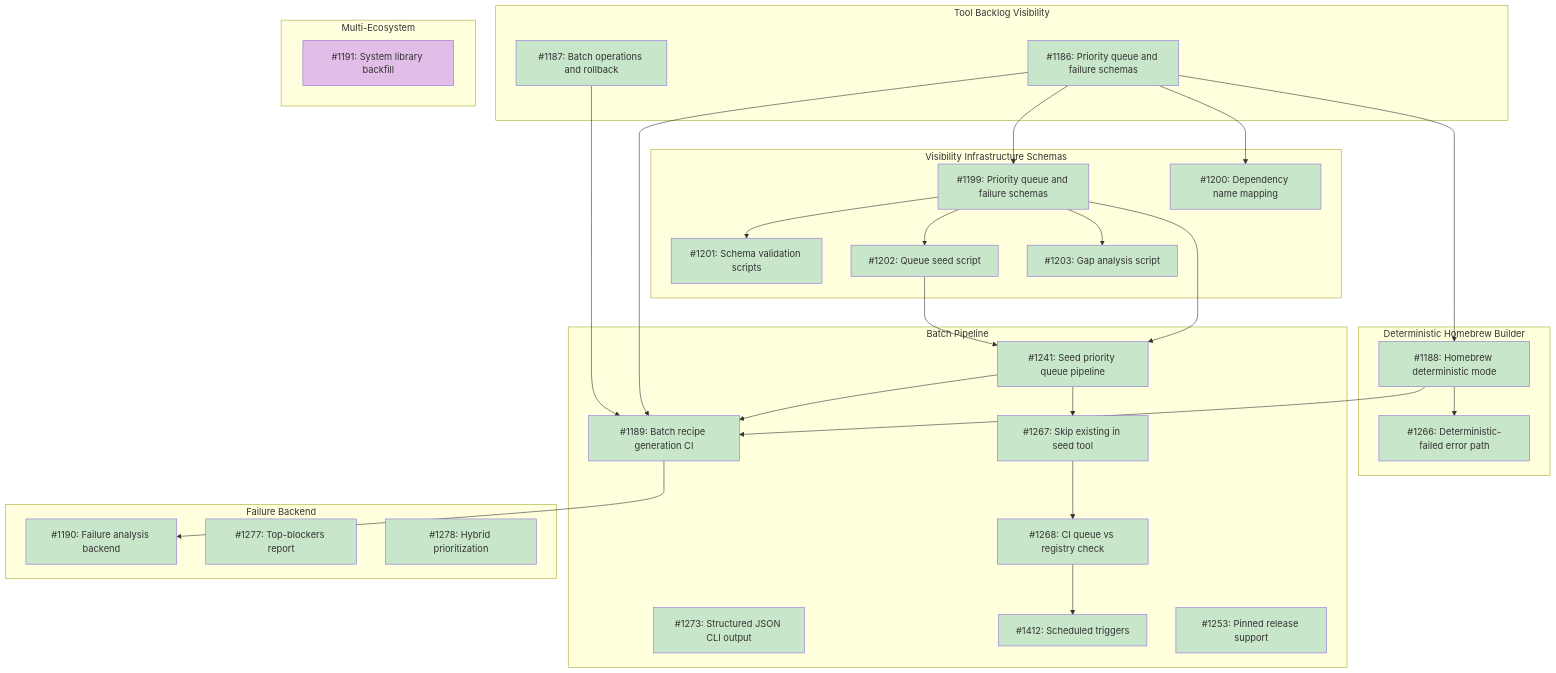
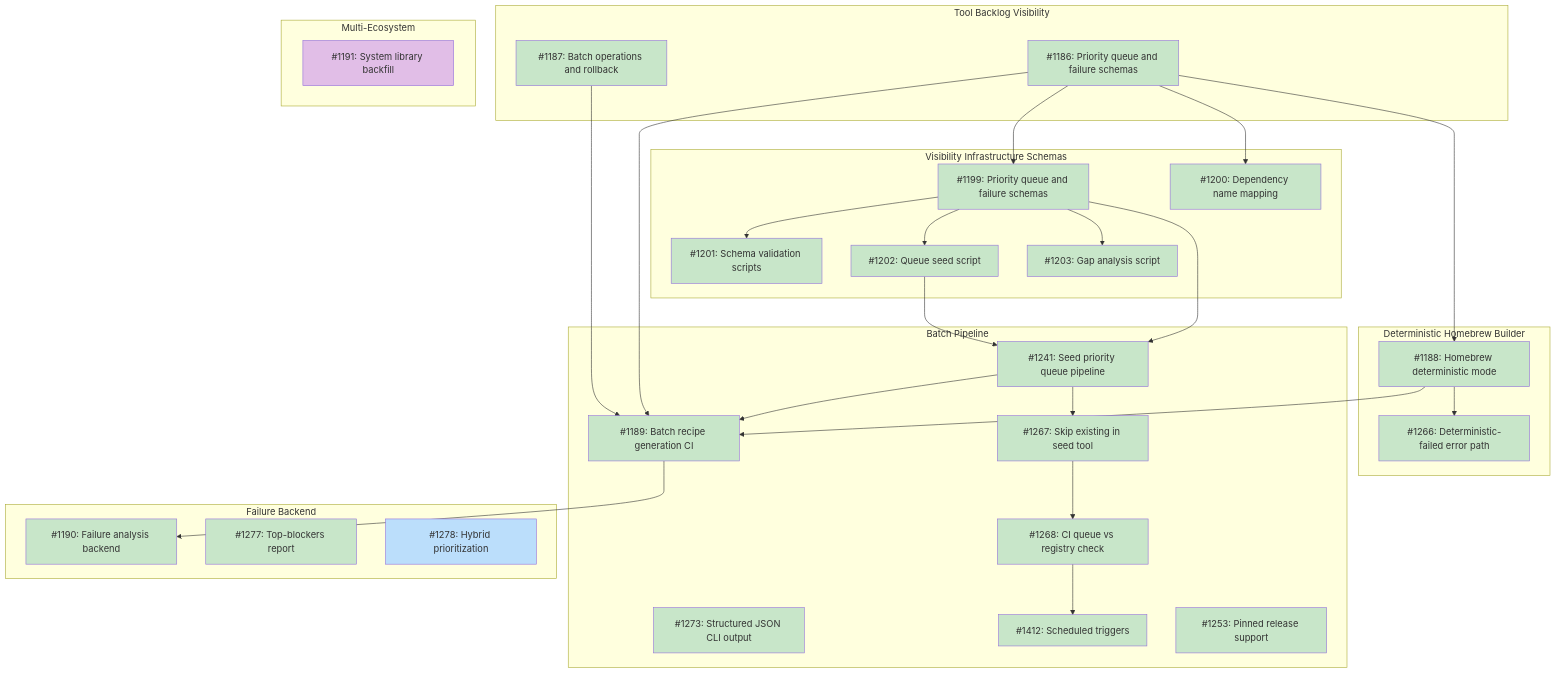
The diagram in docs/designs/DESIGN-registry-scale-strategy.md (tsukumogami/tsuku), drawn with Mermaid before and after one commit.

Commit message:
fix(ci): revert I1278 mermaid class to ready (issue still open)
MM15 requires class to match GitHub issue state. Since #1278 closes
on merge via Fixes line, keep it as ready until then.

````diff
--- a/docs/designs/DESIGN-registry-scale-strategy.md
+++ b/docs/designs/DESIGN-registry-scale-strategy.md
@@ -77,82 +77,82 @@
 ```mermaid
 graph TD
     subgraph M_Visibility["Tool Backlog Visibility"]
         I1186["#1186: Priority queue and failure schemas"]
         I1187["#1187: Batch operations and rollback"]
     end
 
     subgraph M50["Visibility Infrastructure Schemas"]
         I1199["#1199: Priority queue and failure schemas"]
         I1200["#1200: Dependency name mapping"]
         I1201["#1201: Schema validation scripts"]
         I1202["#1202: Queue seed script"]
         I1203["#1203: Gap analysis script"]
     end
 
     subgraph M_HomebrewBuilder["Deterministic Homebrew Builder"]
         I1188["#1188: Homebrew deterministic mode"]
         I1266["#1266: Deterministic-failed error path"]
     end
 
     subgraph M_BatchPipeline["Batch Pipeline"]
         I1241["#1241: Seed priority queue pipeline"]
         I1189["#1189: Batch recipe generation CI"]
         I1267["#1267: Skip existing in seed tool"]
         I1268["#1268: CI queue vs registry check"]
         I1273["#1273: Structured JSON CLI output"]
         I1412["#1412: Scheduled triggers"]
         I1253["#1253: Pinned release support"]
     end
 
     subgraph M_FailureBackend["Failure Backend"]
         I1190["#1190: Failure analysis backend"]
         I1277["#1277: Top-blockers report"]
         I1278["#1278: Hybrid prioritization"]
     end
 
     subgraph M_MultiEcosystem["Multi-Ecosystem"]
         I1191["#1191: System library backfill"]
     end
 
     I1186 --> I1199
     I1186 --> I1200
     I1199 --> I1201
     I1199 --> I1202
     I1199 --> I1203
     I1199 --> I1241
     I1202 --> I1241
     I1186 --> I1188
     I1241 --> I1189
     I1186 --> I1189
     I1187 --> I1189
     I1188 --> I1189
     I1188 --> I1266
     I1241 --> I1267
     I1267 --> I1268
     I1268 --> I1412
     I1189 --> I1190
     classDef done fill:#c8e6c9
     classDef ready fill:#bbdefb
     classDef blocked fill:#fff9c4
     classDef needsDesign fill:#e1bee7
 
     class I1186,I1187 done
     class I1200 done
     class I1199 done
     class I1188 done
     class I1201 done
     class I1202 done
     class I1203 done
     class I1241 done
     class I1189 done
     class I1267 done
     class I1268 done
     class I1273 done
     class I1266 done
     class I1412 done
     class I1253 done
     class I1190 done
     class I1277 done
-    class I1278 done
+    class I1278 ready
     class I1191 needsDesign
 ```
````
